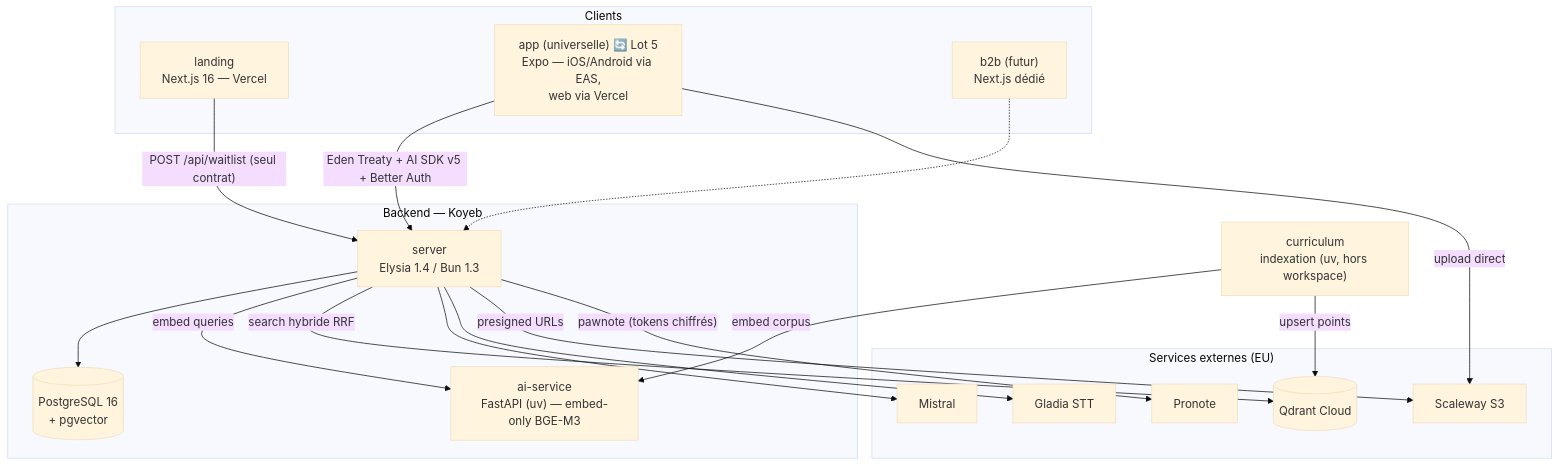
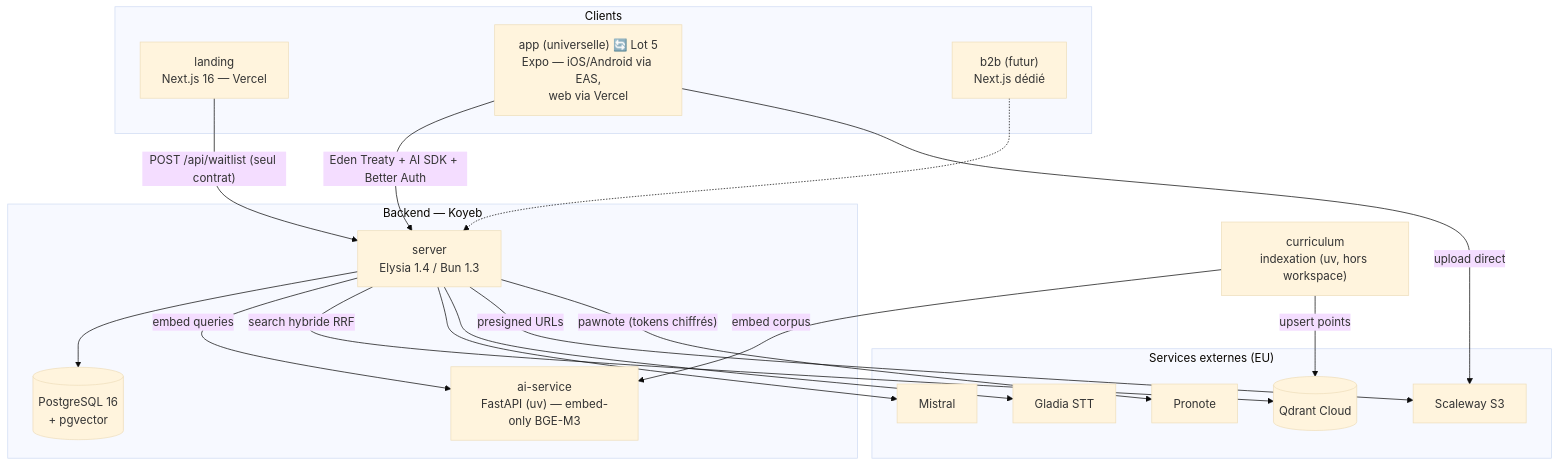
The first of 5 diagrams in docs/architecture/system-design.md (VictorNain26/tomai-monorepo), drawn with Mermaid (base theme) before and after one commit. The commit also changed other lines of this file, not shown here.

Commit message:
docs(architecture): mark lot 4 merged, drop stale AI SDK v5 label (shipped on ai v7)

````diff
--- a/docs/architecture/system-design.md
+++ b/docs/architecture/system-design.md
@@ -48,35 +48,35 @@
 ```mermaid
 graph TB
     subgraph Clients
         LANDING["landing<br/>Next.js 16 — Vercel"]
         APP["app (universelle) 🔄 Lot 5<br/>Expo — iOS/Android via EAS,<br/>web via Vercel"]
         B2B["b2b (futur)<br/>Next.js dédié"]
     end
     subgraph Backend["Backend — Koyeb"]
         SERVER["server<br/>Elysia 1.4 / Bun 1.3"]
         AISVC["ai-service<br/>FastAPI (uv) — embed-only BGE-M3"]
         PG[("PostgreSQL 16<br/>+ pgvector")]
     end
     subgraph Externes["Services externes (EU)"]
         QDRANT[("Qdrant Cloud")]
         MISTRAL["Mistral"]
         GLADIA["Gladia STT"]
         S3["Scaleway S3"]
         PRONOTE["Pronote"]
     end
     CURRICULUM["curriculum<br/>indexation (uv, hors workspace)"]
 
     LANDING -- "POST /api/waitlist (seul contrat)" --> SERVER
-    APP -- "Eden Treaty + AI SDK v5 + Better Auth" --> SERVER
+    APP -- "Eden Treaty + AI SDK + Better Auth" --> SERVER
     B2B -.-> SERVER
     SERVER --> PG
     SERVER -- "embed queries" --> AISVC
     SERVER -- "search hybride RRF" --> QDRANT
     SERVER --> MISTRAL
     SERVER --> GLADIA
     SERVER -- "presigned URLs" --> S3
     APP -- "upload direct" --> S3
     SERVER -- "pawnote (tokens chiffrés)" --> PRONOTE
     CURRICULUM -- "embed corpus" --> AISVC
     CURRICULUM -- "upsert points" --> QDRANT
 ```
````
